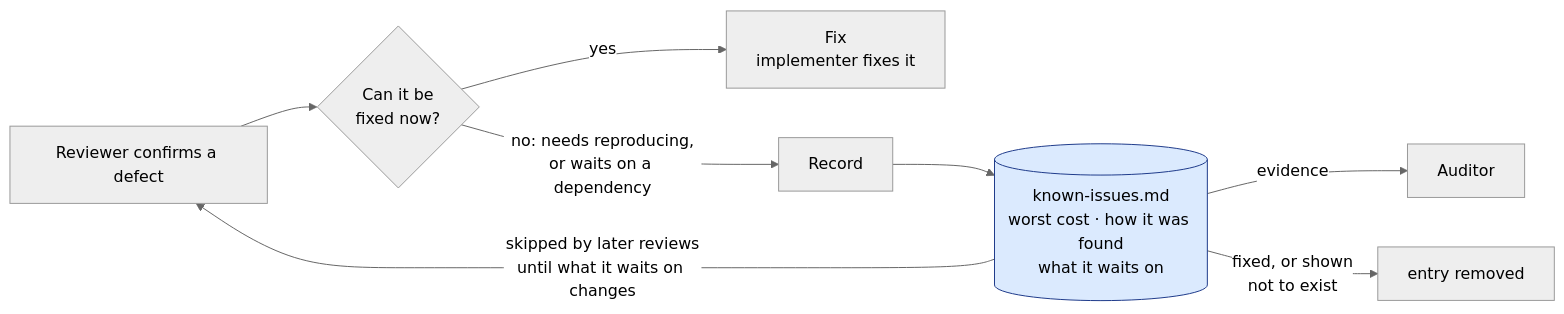
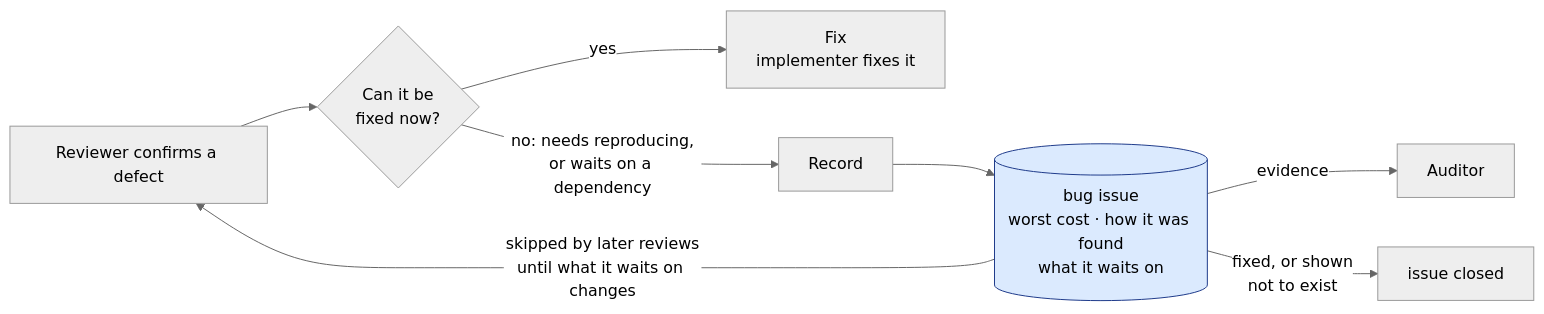
One commit to kkestell/ox changed the fourth of 5 diagrams in .claude/skills/README.md. Above: the diagram before and after it, drawn with Mermaid (neutral theme). The commit also changed other lines of this file and 22 other files, not shown here.

````diff
--- a/.claude/skills/README.md
+++ b/.claude/skills/README.md
@@ -100,13 +101,13 @@
 ```mermaid
 flowchart LR
     Review["Reviewer confirms a defect"] --> Q{"Can it be<br/>fixed now?"}
     Q -- yes --> Fix["Fix<br/>implementer fixes it"]
     Q -- "no: needs reproducing,<br/>or waits on a dependency" --> Rec["Record"]
-    Rec --> KI[("known-issues.md<br/>worst cost · how it was found<br/>what it waits on")]
+    Rec --> KI[("bug issue<br/>worst cost · how it was found<br/>what it waits on")]
     KI -- "skipped by later reviews<br/>until what it waits on changes" --> Review
     KI -- "evidence" --> Audit["Auditor"]
-    KI -- "fixed, or shown<br/>not to exist" --> Gone["entry removed"]
+    KI -- "fixed, or shown<br/>not to exist" --> Gone["issue closed"]
 
     classDef doc fill:#dbeafe,stroke:#1e3a8a,color:#000
     class KI doc
 ```
````
